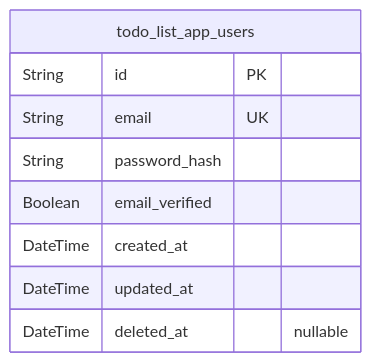
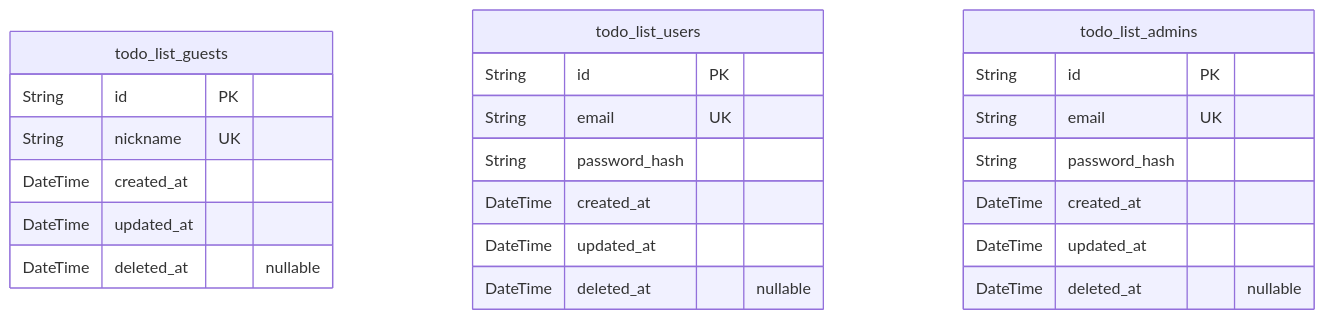
The first of 2 diagrams in docs/ERD.md (wrtnlabs/autobe-example-todo-openai-gpt-4.1-mini), drawn with Mermaid before and after one commit. The commit also changed other lines of this file and 101 other files, not shown here.

````diff
--- a/docs/ERD.md
+++ b/docs/ERD.md
@@ -10,12 +10,26 @@
 ```mermaid
 erDiagram
-"todo_list_app_users" {
+"todo_list_guests" {
+  String id PK
+  String nickname UK
+  DateTime created_at
+  DateTime updated_at
+  DateTime deleted_at "nullable"
+}
+"todo_list_users" {
   String id PK
   String email UK
   String password_hash
-  Boolean email_verified
+  DateTime created_at
+  DateTime updated_at
+  DateTime deleted_at "nullable"
+}
+"todo_list_admins" {
+  String id PK
+  String email UK
+  String password_hash
   DateTime created_at
   DateTime updated_at
   DateTime deleted_at "nullable"
 }
 ```
````
